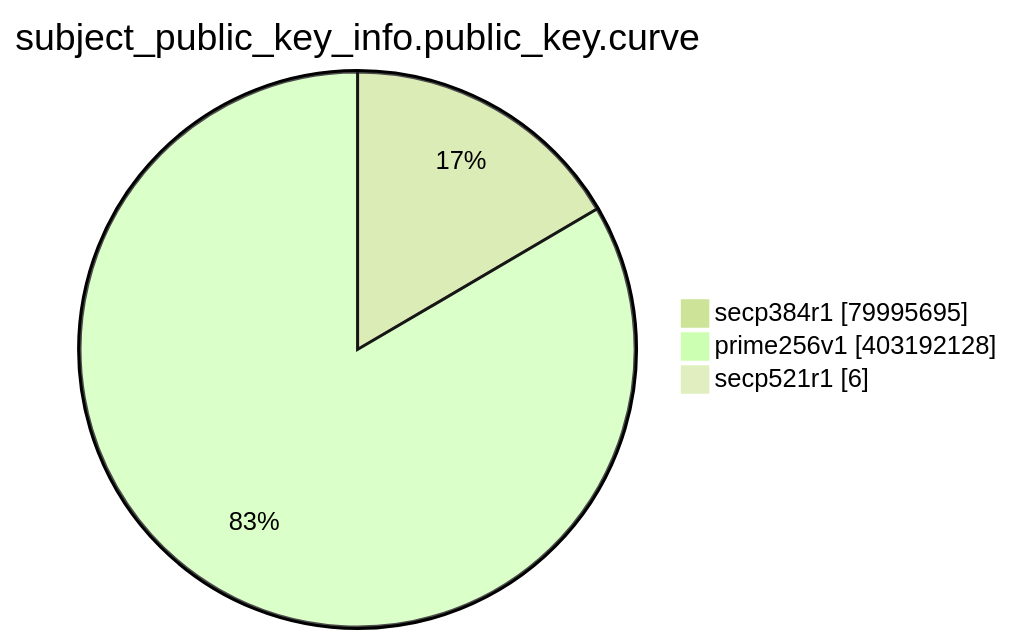
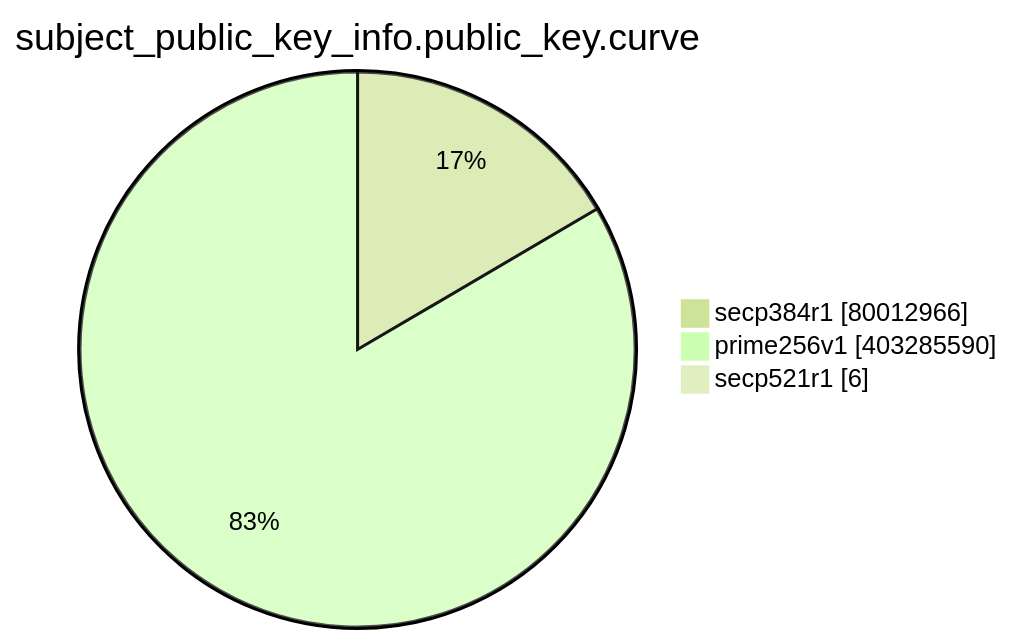
One commit to christiankrug/ctmonitor_visualization changed the eighth of 15 diagrams in TOTAL/README.md. Above: the diagram before and after it, drawn with Mermaid (forest theme). The commit also changed other lines of this file, not shown here.

````diff
--- a/TOTAL/README.md
+++ b/TOTAL/README.md
@@ -3095,7 +3095,7 @@
 ```mermaid
 pie showData
 title subject_public_key_info.public_key.curve
-"secp384r1" :79995695
-"prime256v1" :403192128
+"secp384r1" :80012966
+"prime256v1" :403285590
 "secp521r1" :6
 ```
````
